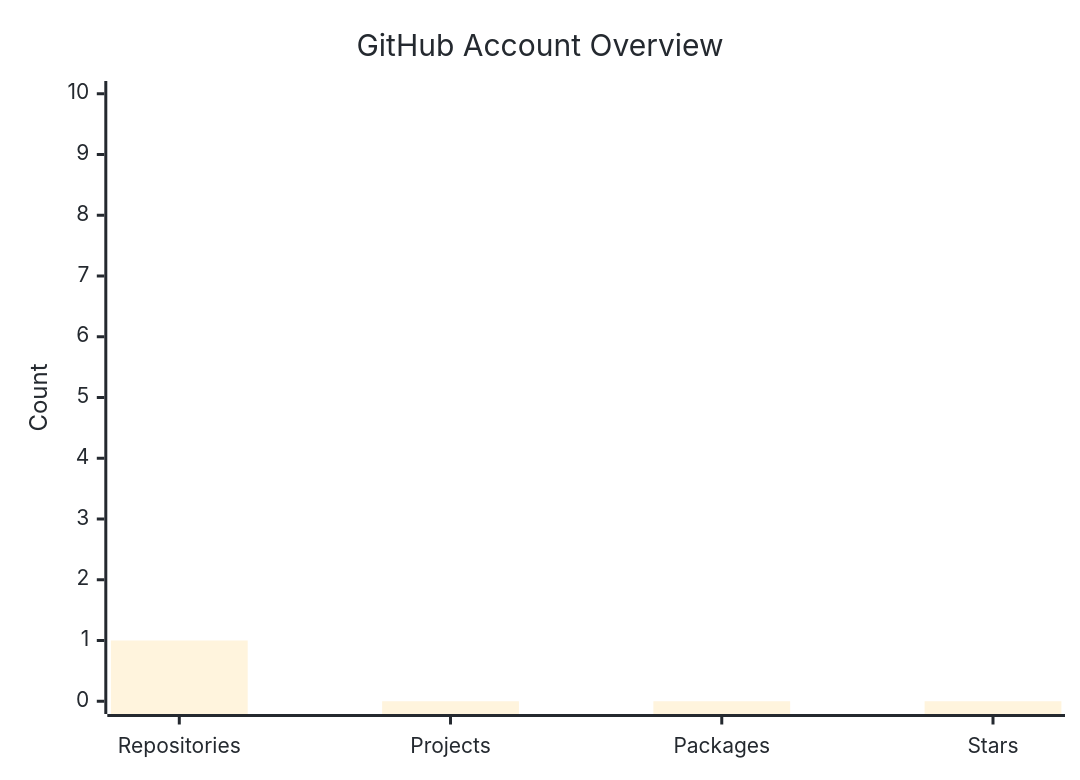
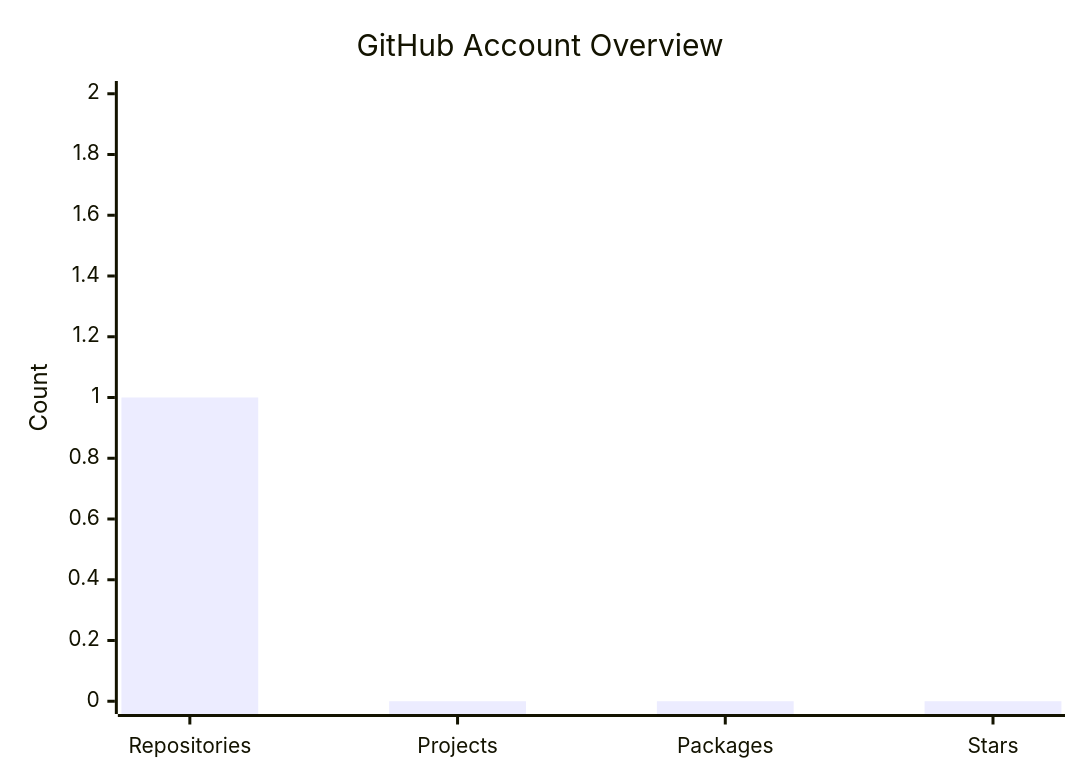
The first of 3 diagrams in README.md (Mohammed927353/Mohammed927353), drawn with Mermaid before and after one commit. The commit also changed other lines of this file, not shown here.

````diff
--- a/README.md
+++ b/README.md
@@ -132,18 +131,7 @@
 ```mermaid
-%%{init: {
-  "theme": "base",
-  "themeVariables": {
-    "fontFamily": "Arial",
-    "primaryTextColor": "#24292F",
-    "textColor": "#24292F",
-    "lineColor": "#57606A",
-    "background": "#FFFFFF"
-  }
-}}%%
-
 xychart-beta
     title "GitHub Account Overview"
     x-axis ["Repositories", "Projects", "Packages", "Stars"]
-    y-axis "Count" 0 --> 10
+    y-axis "Count" 0 --> 2
     bar [1, 0, 0, 0]
 ```
````
